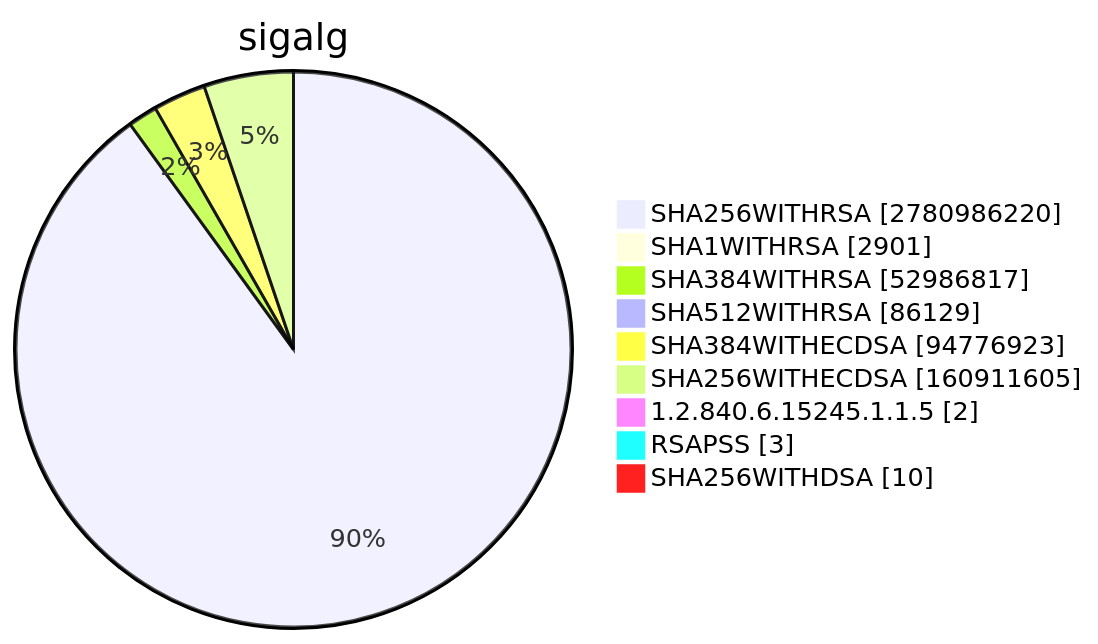
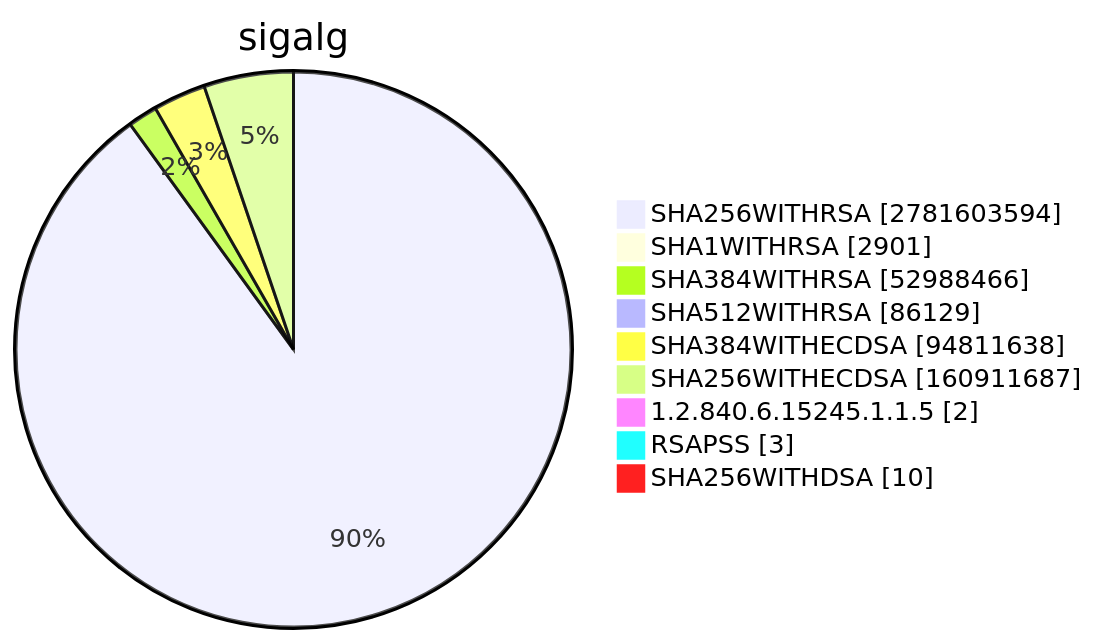
Before and after one commit to christiankrug/ctmonitor_visualization: diagram 15 of 15 in TOTAL/README.md, drawn with Mermaid. The commit also changed other lines of this file, not shown here.

````diff
--- a/TOTAL/README.md
+++ b/TOTAL/README.md
@@ -6207,13 +6207,13 @@
 ```mermaid
 pie showData
 title sigalg
-"SHA256WITHRSA" :2780986220
+"SHA256WITHRSA" :2781603594
 "SHA1WITHRSA" :2901
-"SHA384WITHRSA" :52986817
+"SHA384WITHRSA" :52988466
 "SHA512WITHRSA" :86129
-"SHA384WITHECDSA" :94776923
-"SHA256WITHECDSA" :160911605
+"SHA384WITHECDSA" :94811638
+"SHA256WITHECDSA" :160911687
 "1.2.840.6.15245.1.1.5" :2
 "RSAPSS" :3
 "SHA256WITHDSA" :10
 ```
````
